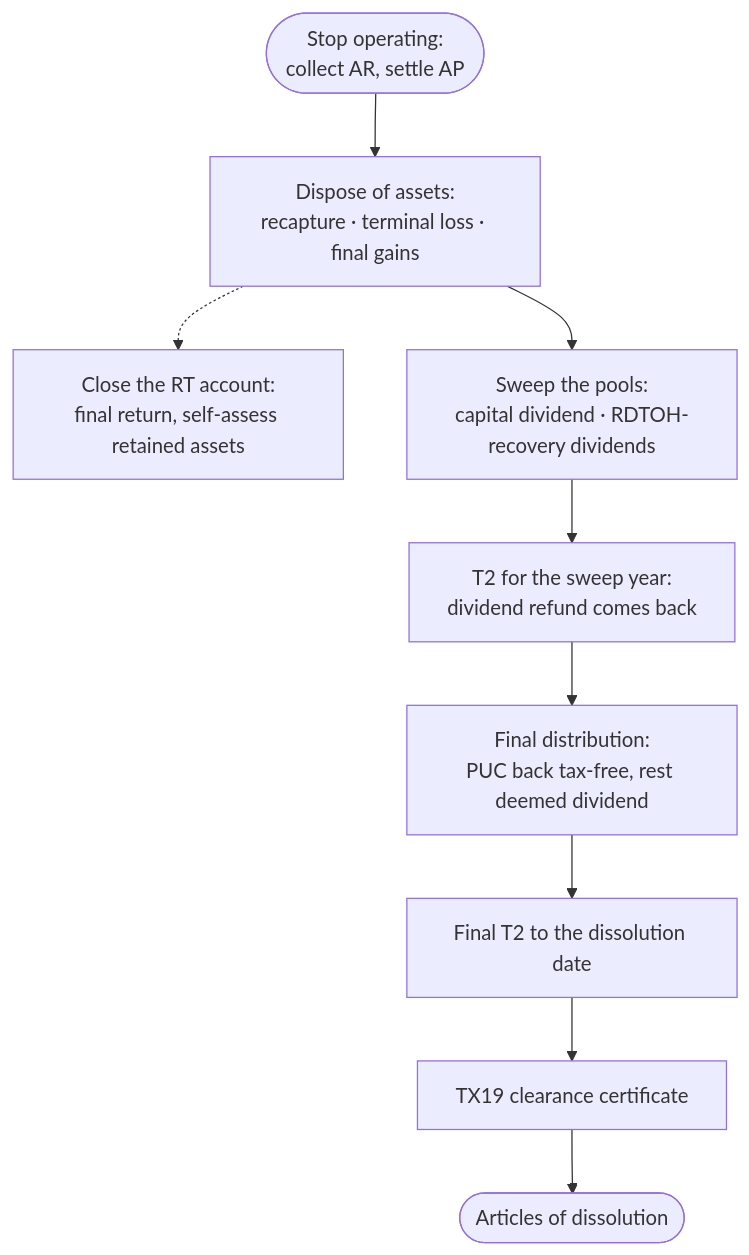
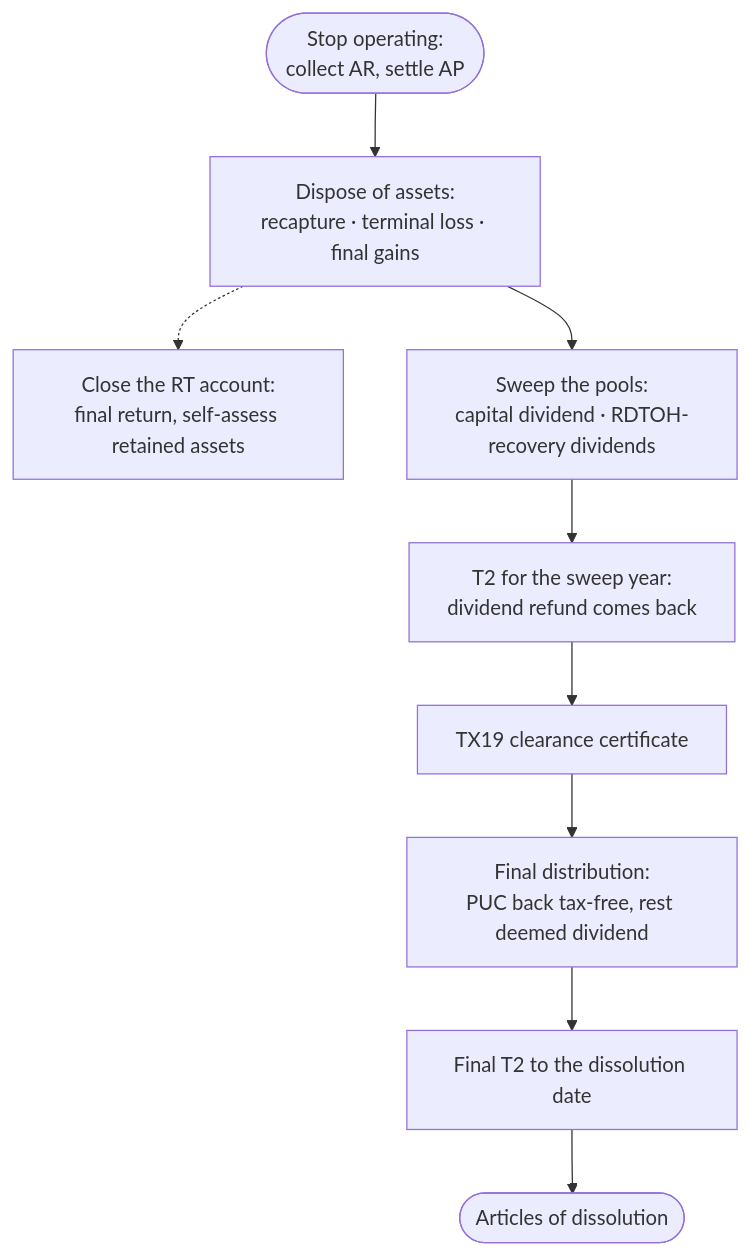
One commit to alexoooo/canadian-corp-info changed the diagram in guide/Corporate-Lifecycle/Winding-Down.md. Above: the diagram before and after it, drawn with Mermaid. The commit also changed other lines of this file and 18 other files, not shown here.

````diff
--- a/guide/Corporate-Lifecycle/Winding-Down.md
+++ b/guide/Corporate-Lifecycle/Winding-Down.md
@@ -25,15 +25,15 @@
 ```mermaid
 flowchart TB
     STOP(["Stop operating:<br/>collect AR, settle AP"])
     ASSETS["Dispose of assets:<br/>recapture · terminal loss · final gains"]
     HST["Close the RT account:<br/>final return, self-assess retained assets"]
     SWEEP["Sweep the pools:<br/>capital dividend · RDTOH-recovery dividends"]
     T2A["T2 for the sweep year:<br/>dividend refund comes back"]
     DIST["Final distribution:<br/>PUC back tax-free, rest deemed dividend"]
     T2B["Final T2 to the dissolution date"]
     CLR["TX19 clearance certificate"]
     DISS(["Articles of dissolution"])
 
-    STOP --> ASSETS --> SWEEP --> T2A --> DIST --> T2B --> CLR --> DISS
+    STOP --> ASSETS --> SWEEP --> T2A --> CLR --> DIST --> T2B --> DISS
     ASSETS -.-> HST
 ```
````
